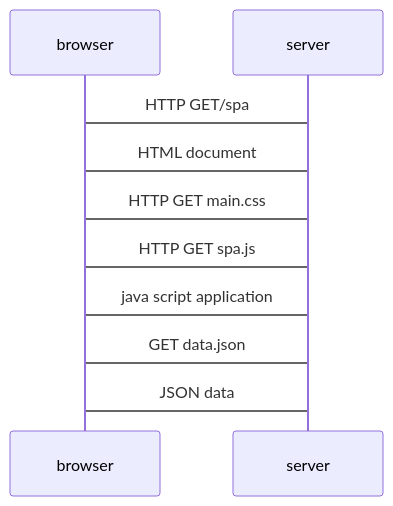
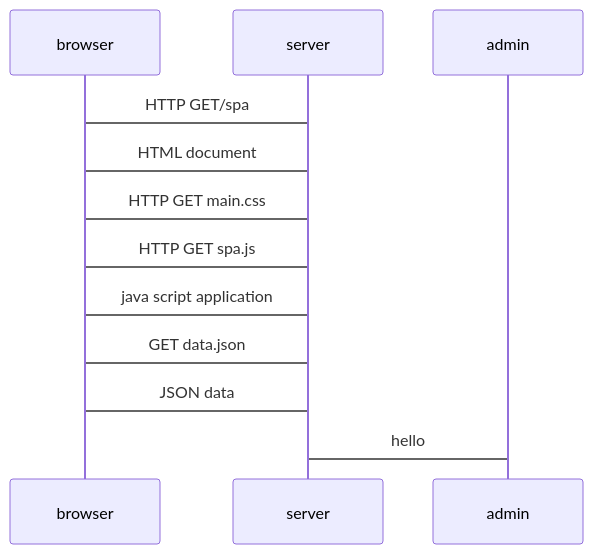
Before and after one commit to MuhammadSanish/dblab: the diagram in part0/0.5.md, drawn with Mermaid.

````diff
--- a/part0/0.5.md
+++ b/part0/0.5.md
@@ -2,12 +2,14 @@
 ```mermaid
 sequenceDiagram
 participant browser
 participant server
+participant admin
 browser -> server:HTTP GET/spa
 server -> browser:HTML document
 browser -> server:HTTP GET main.css
 browser -> server:HTTP GET spa.js
 server -> browser:java script application
 browser -> server:GET data.json
 server -> browser:JSON data
+admin -> server: hello
 ```
````
